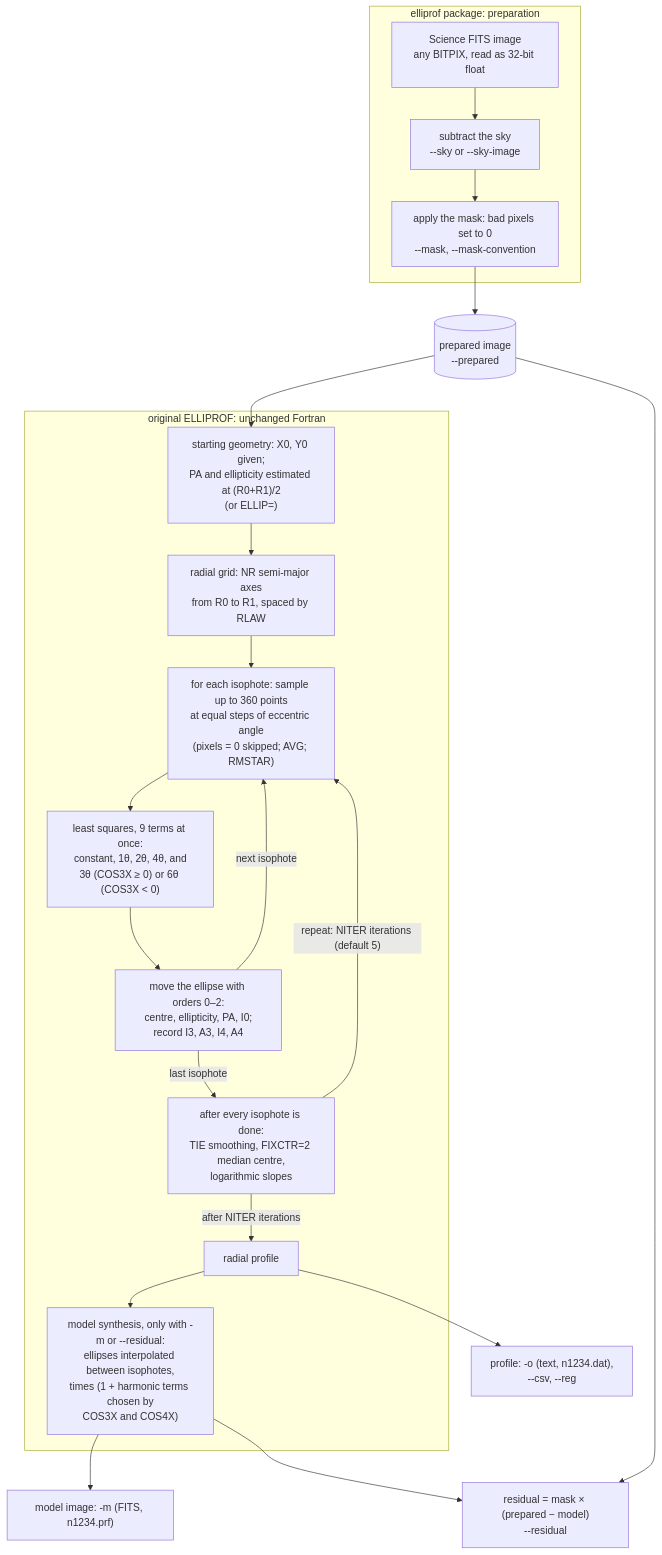
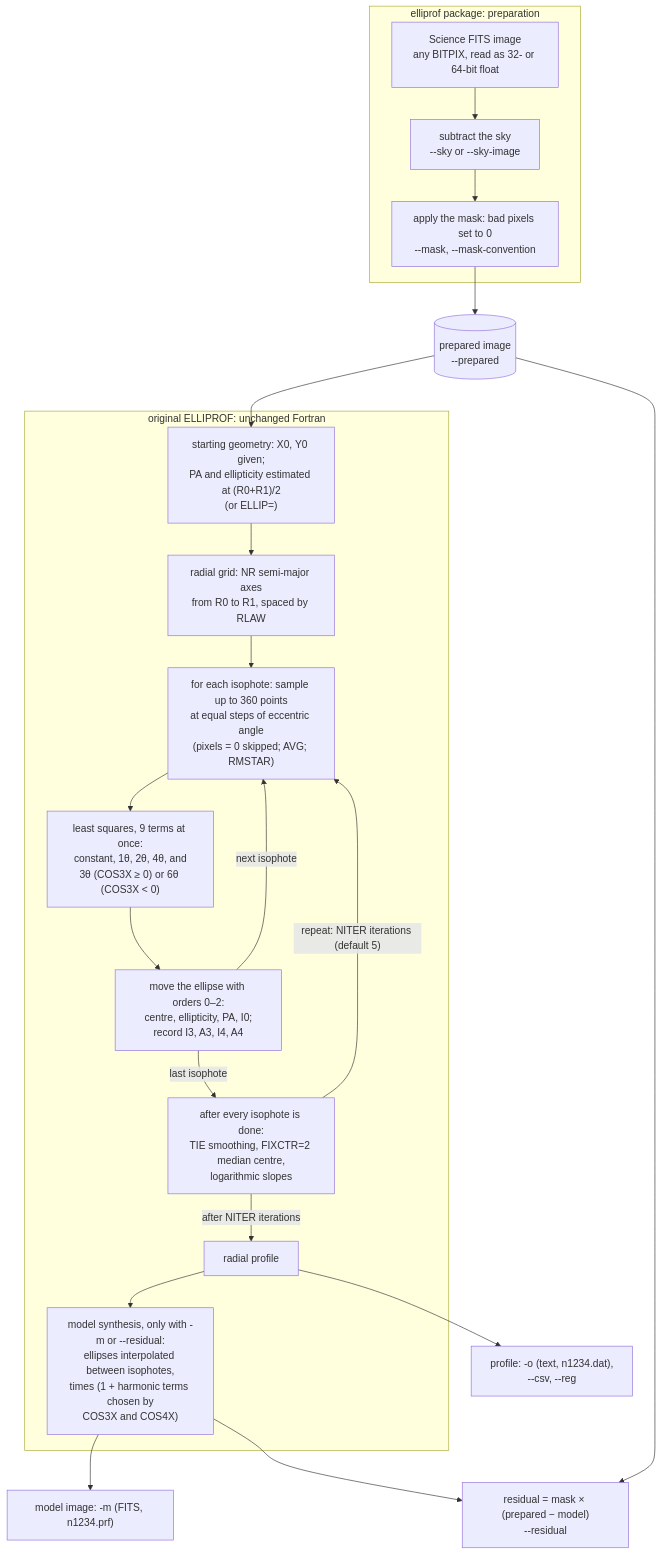
One commit to ekourkchi/elliprof changed the diagram in docs/concepts/how-it-works.md. Above: the diagram before and after it, drawn with Mermaid. The commit also changed 8 other files, not shown here.

````diff
--- a/docs/concepts/how-it-works.md
+++ b/docs/concepts/how-it-works.md
@@ -34,29 +34,29 @@
 ```mermaid
 flowchart TD
     subgraph PKG ["elliprof package: preparation"]
-        A["Science FITS image<br/>any BITPIX, read as 32-bit float"] --> B["subtract the sky<br/>--sky or --sky-image"]
+        A["Science FITS image<br/>any BITPIX, read as 32- or 64-bit float"] --> B["subtract the sky<br/>--sky or --sky-image"]
         B --> C["apply the mask: bad pixels set to 0<br/>--mask, --mask-convention"]
     end
     C --> P[("prepared image<br/>--prepared")]
     subgraph ORIG ["original ELLIPROF: unchanged Fortran"]
         D["starting geometry: X0, Y0 given;<br/>PA and ellipticity estimated at (R0+R1)/2<br/>(or ELLIP=)"]
         E["radial grid: NR semi-major axes<br/>from R0 to R1, spaced by RLAW"]
         F["for each isophote: sample up to 360 points<br/>at equal steps of eccentric angle<br/>(pixels = 0 skipped; AVG; RMSTAR)"]
         G["least squares, 9 terms at once:<br/>constant, 1θ, 2θ, 4θ, and<br/>3θ (COS3X ≥ 0) or 6θ (COS3X < 0)"]
         H["move the ellipse with orders 0–2:<br/>centre, ellipticity, PA, I0;<br/>record I3, A3, I4, A4"]
         I["after every isophote is done:<br/>TIE smoothing, FIXCTR=2 median centre,<br/>logarithmic slopes"]
         J["radial profile"]
         K["model synthesis, only with -m or --residual:<br/>ellipses interpolated between isophotes,<br/>times (1 + harmonic terms chosen by<br/>COS3X and COS4X)"]
         D --> E --> F --> G --> H
         H -- "next isophote" --> F
         H -- "last isophote" --> I
         I -- "repeat: NITER iterations (default 5)" --> F
         I -- "after NITER iterations" --> J
         J --> K
     end
     P --> D
     J --> O1["profile: -o (text, n1234.dat),<br/>--csv, --reg"]
     K --> O2["model image: -m (FITS, n1234.prf)"]
     K --> R["residual = mask × (prepared − model)<br/>--residual"]
     P --> R
 ```
````
